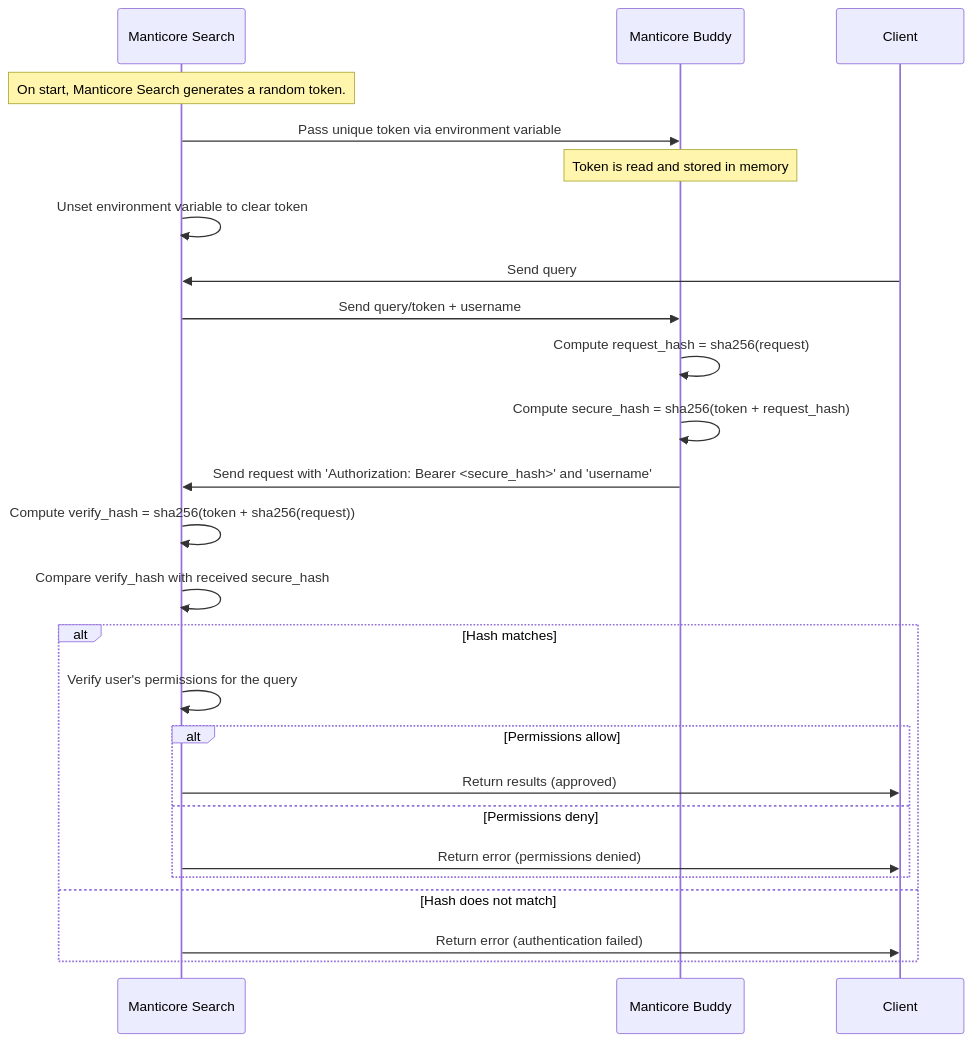
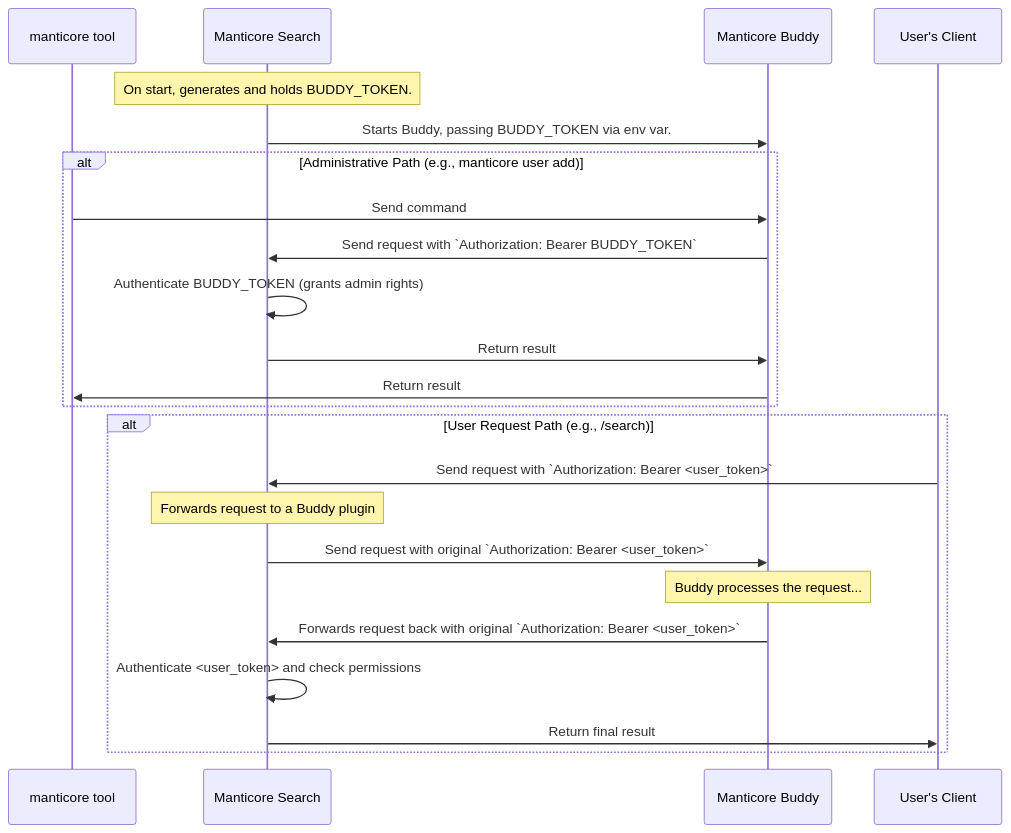
Before and after one commit to manticoresoftware/manticoresearch: the fourth of 4 diagrams in src/auth/spec.md, drawn with Mermaid. The commit also changed other lines of this file and 9 other files, not shown here.

````diff
--- a/src/auth/spec.md
+++ b/src/auth/spec.md
@@ -1034,43 +1034,28 @@
 ```mermaid
 sequenceDiagram
+    participant ManticoreTool as manticore tool
     participant ManticoreSearch as Manticore Search
     participant Buddy as Manticore Buddy
-    participant Client as Client
+    participant Client as User's Client
 
-    Note over ManticoreSearch: On start, Manticore Search generates a random token.
+    Note over ManticoreSearch: On start, generates and holds BUDDY_TOKEN.
+    ManticoreSearch->>Buddy: Starts Buddy, passing BUDDY_TOKEN via env var.
 
-    ManticoreSearch->>Buddy: Pass unique token via environment variable
-    Note over Buddy: Token is read and stored in memory
-    ManticoreSearch->>ManticoreSearch: Unset environment variable to clear token
+    alt Administrative Path (e.g., manticore user add)
+        ManticoreTool->>Buddy: Send command
+        Buddy->>ManticoreSearch: Send request with `Authorization: Bearer BUDDY_TOKEN`
+        ManticoreSearch->>ManticoreSearch: Authenticate BUDDY_TOKEN (grants admin rights)
+        ManticoreSearch->>Buddy: Return result
+        Buddy->>ManticoreTool: Return result
+    end
 
-    %% Client sends request to Manticore Search
-    Client->>ManticoreSearch: Send query
-
-    %% Manticore Search forwards request to Buddy with username and permissions
-    ManticoreSearch->>Buddy: Send query/token + username
-
-    %% Buddy computes secure hash for authentication
-    Buddy->>Buddy: Compute request_hash = sha256(request)
-    Buddy->>Buddy: Compute secure_hash = sha256(token + request_hash)
-
-    %% Buddy validates username and permissions (after computing secure_hash)
-
-    %% Buddy sends authenticated request to Manticore Search (with username/token only)
-    Buddy->>ManticoreSearch: Send request with 'Authorization: Bearer <secure_hash>' and 'username'
-
-    %% Manticore Search validates the token
-    ManticoreSearch->>ManticoreSearch: Compute verify_hash = sha256(token + sha256(request))
-    ManticoreSearch->>ManticoreSearch: Compare verify_hash with received secure_hash
-
-    alt Hash matches
-        %% Additional Authorization Check in Manticore Search
-        ManticoreSearch->>ManticoreSearch: Verify user's permissions for the query
-        alt Permissions allow
-            ManticoreSearch->>Client: Return results (approved)
-        else Permissions deny
-            ManticoreSearch->>Client: Return error (permissions denied)
-        end
-    else Hash does not match
-        ManticoreSearch->>Client: Return error (authentication failed)
+    alt User Request Path (e.g., /search)
+        Client->>ManticoreSearch: Send request with `Authorization: Bearer <user_token>`
+        Note over ManticoreSearch: Forwards request to a Buddy plugin
+        ManticoreSearch->>Buddy: Send request with original `Authorization: Bearer <user_token>`
+        Note over Buddy: Buddy processes the request...
+        Buddy->>ManticoreSearch: Forwards request back with original `Authorization: Bearer <user_token>`
+        ManticoreSearch->>ManticoreSearch: Authenticate <user_token> and check permissions
+        ManticoreSearch->>Client: Return final result
     end
 ```
````
